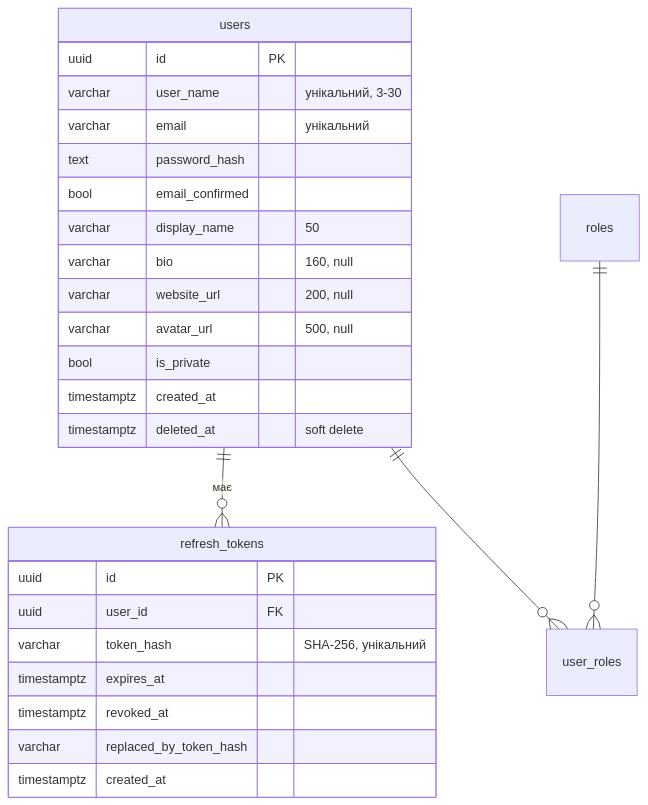
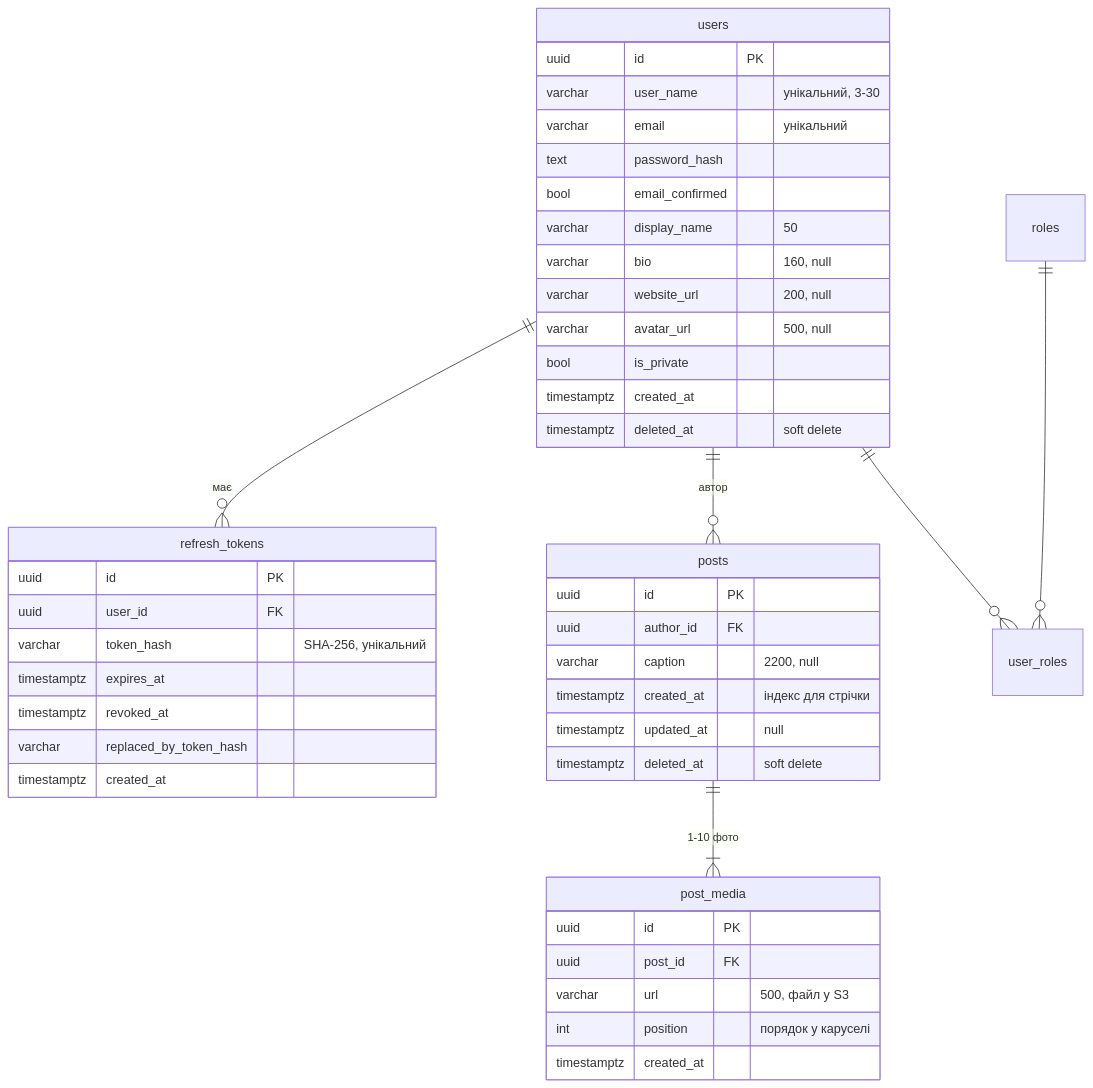
One commit to oket23/Social-Network-Backend changed the third of 3 diagrams in docs/architecture.md. Above: the diagram before and after it, drawn with Mermaid. The commit also changed other lines of this file and 27 other files, not shown here.

````diff
--- a/docs/architecture.md
+++ b/docs/architecture.md
@@ -141,30 +142,47 @@
 ```mermaid
 erDiagram
     users ||--o{ refresh_tokens : "має"
+    users ||--o{ posts : "автор"
+    posts ||--|{ post_media : "1-10 фото"
     users ||--o{ user_roles : ""
     roles ||--o{ user_roles : ""
 
     users {
         uuid id PK
         varchar user_name "унікальний, 3-30"
         varchar email "унікальний"
         text password_hash
         bool email_confirmed
         varchar display_name "50"
         varchar bio "160, null"
         varchar website_url "200, null"
         varchar avatar_url "500, null"
         bool is_private
         timestamptz created_at
         timestamptz deleted_at "soft delete"
     }
     refresh_tokens {
         uuid id PK
         uuid user_id FK
         varchar token_hash "SHA-256, унікальний"
         timestamptz expires_at
         timestamptz revoked_at
         varchar replaced_by_token_hash
         timestamptz created_at
     }
+    posts {
+        uuid id PK
+        uuid author_id FK
+        varchar caption "2200, null"
+        timestamptz created_at "індекс для стрічки"
+        timestamptz updated_at "null"
+        timestamptz deleted_at "soft delete"
+    }
+    post_media {
+        uuid id PK
+        uuid post_id FK
+        varchar url "500, файл у S3"
+        int position "порядок у каруселі"
+        timestamptz created_at
+    }
 ```
````
